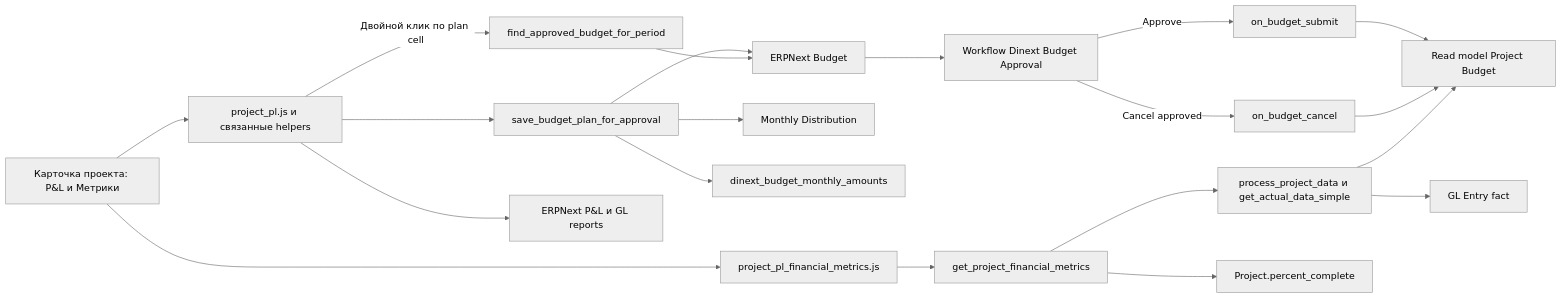
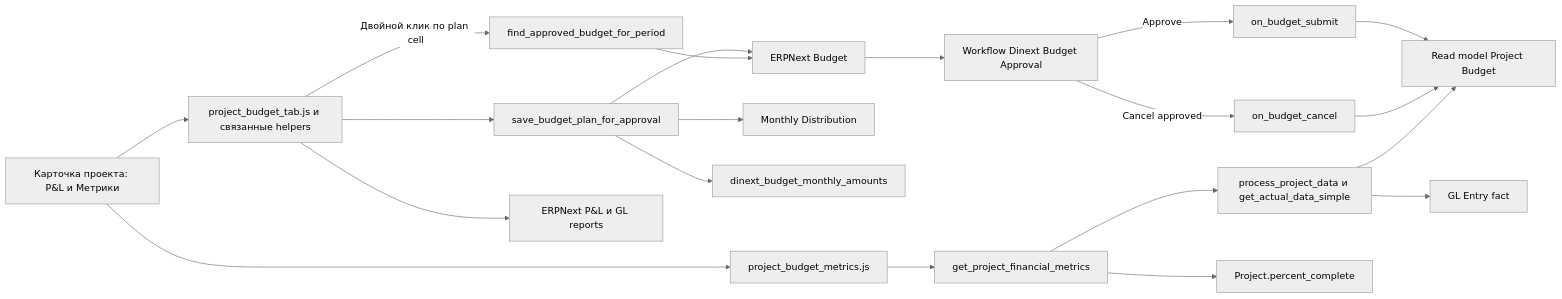
One commit to Dinext-pro/dinext-projects-pl changed the first of 2 diagrams in README.ru.md. Above: the diagram before and after it, drawn with Mermaid (neutral theme). The commit also changed other lines of this file and 1 other file, not shown here.

````diff
--- a/README.ru.md
+++ b/README.ru.md
@@ -345,22 +774,22 @@
 ```mermaid
 flowchart LR
-  ProjectForm[Карточка проекта: P&L и Метрики] --> ClientJS[project_pl.js и связанные helpers]
+  ProjectForm[Карточка проекта: P&L и Метрики] --> ClientJS[project_budget_tab.js и связанные helpers]
   ClientJS --> ApprovalAPI[save_budget_plan_for_approval]
   ApprovalAPI --> BudgetDoc[ERPNext Budget]
   ApprovalAPI --> MonthlyDistribution[Monthly Distribution]
   ApprovalAPI --> ExactMonthly[dinext_budget_monthly_amounts]
   BudgetDoc --> Workflow[Workflow Dinext Budget Approval]
   Workflow -->|Approve| SubmitHook[on_budget_submit]
   Workflow -->|Cancel approved| CancelHook[on_budget_cancel]
   SubmitHook --> ProjectBudget[Read model Project Budget]
   CancelHook --> ProjectBudget
-  MetricsUI[project_pl_financial_metrics.js] --> MetricsAPI[get_project_financial_metrics]
+  MetricsUI[project_budget_metrics.js] --> MetricsAPI[get_project_financial_metrics]
   MetricsAPI --> ReportPipeline[process_project_data и get_actual_data_simple]
   ReportPipeline --> ProjectBudget
   ReportPipeline --> GLEntry[GL Entry fact]
   MetricsAPI --> ProjectProgress[Project.percent_complete]
   ProjectForm --> MetricsUI
   ClientJS -->|Двойной клик по plan cell| FindApproved[find_approved_budget_for_period]
   FindApproved --> BudgetDoc
   ClientJS --> Reports[ERPNext P&L и GL reports]
 ```
````
